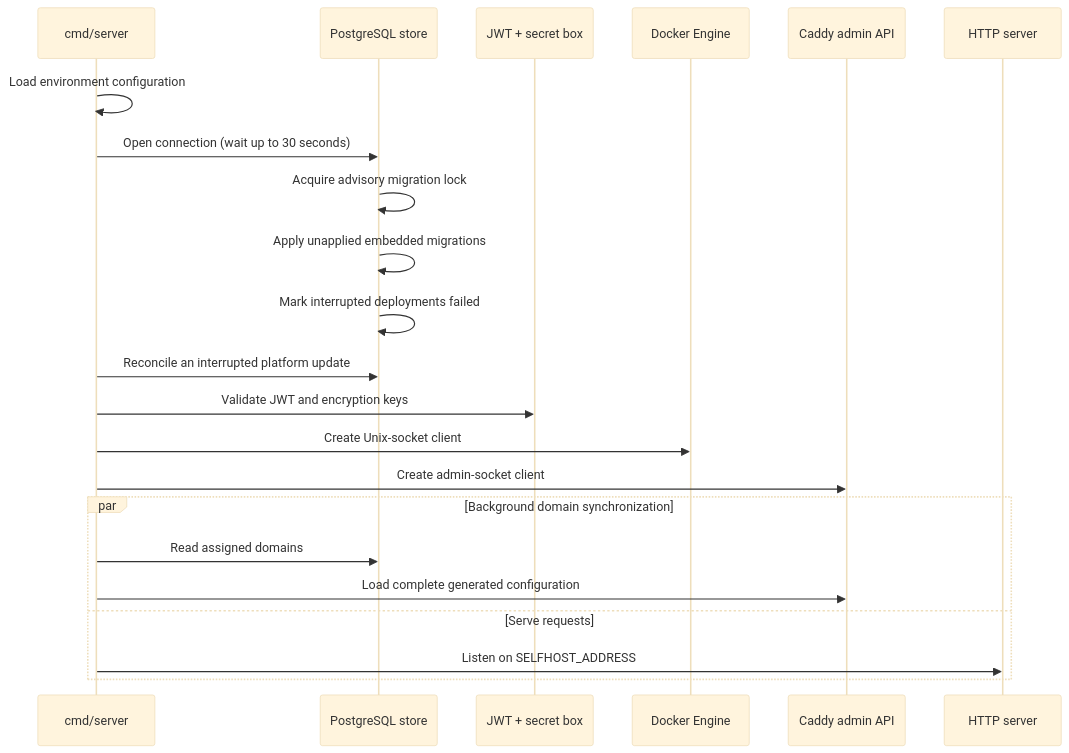
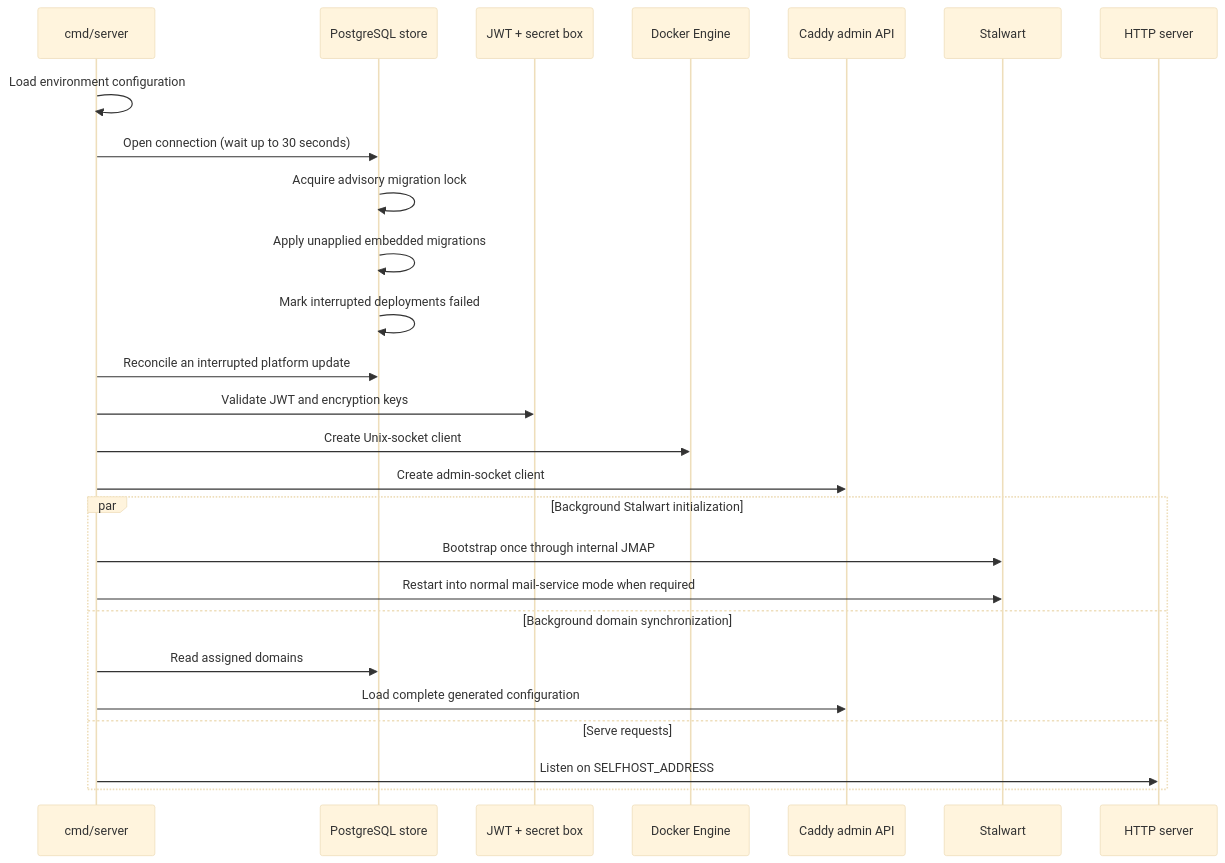
The third of 8 diagrams in docs/ARCHITECTURE.md (azayr/dokyr), drawn with Mermaid (base theme) before and after one commit. The commit also changed other lines of this file and 15 other files, not shown here.

Commit message:
stalwart mail integration

````diff
--- a/docs/ARCHITECTURE.md
+++ b/docs/ARCHITECTURE.md
@@ -156,25 +175,29 @@
 ```mermaid
 sequenceDiagram
     participant Main as cmd/server
     participant Store as PostgreSQL store
     participant Auth as JWT + secret box
     participant Docker as Docker Engine
     participant Caddy as Caddy admin API
+    participant Mail as Stalwart
     participant HTTP as HTTP server
 
     Main->>Main: Load environment configuration
     Main->>Store: Open connection (wait up to 30 seconds)
     Store->>Store: Acquire advisory migration lock
     Store->>Store: Apply unapplied embedded migrations
     Store->>Store: Mark interrupted deployments failed
     Main->>Store: Reconcile an interrupted platform update
     Main->>Auth: Validate JWT and encryption keys
     Main->>Docker: Create Unix-socket client
     Main->>Caddy: Create admin-socket client
-    par Background domain synchronization
+    par Background Stalwart initialization
+        Main->>Mail: Bootstrap once through internal JMAP
+        Main->>Mail: Restart into normal mail-service mode when required
+    and Background domain synchronization
         Main->>Store: Read assigned domains
         Main->>Caddy: Load complete generated configuration
     and Serve requests
         Main->>HTTP: Listen on SELFHOST_ADDRESS
     end
 ```
````
